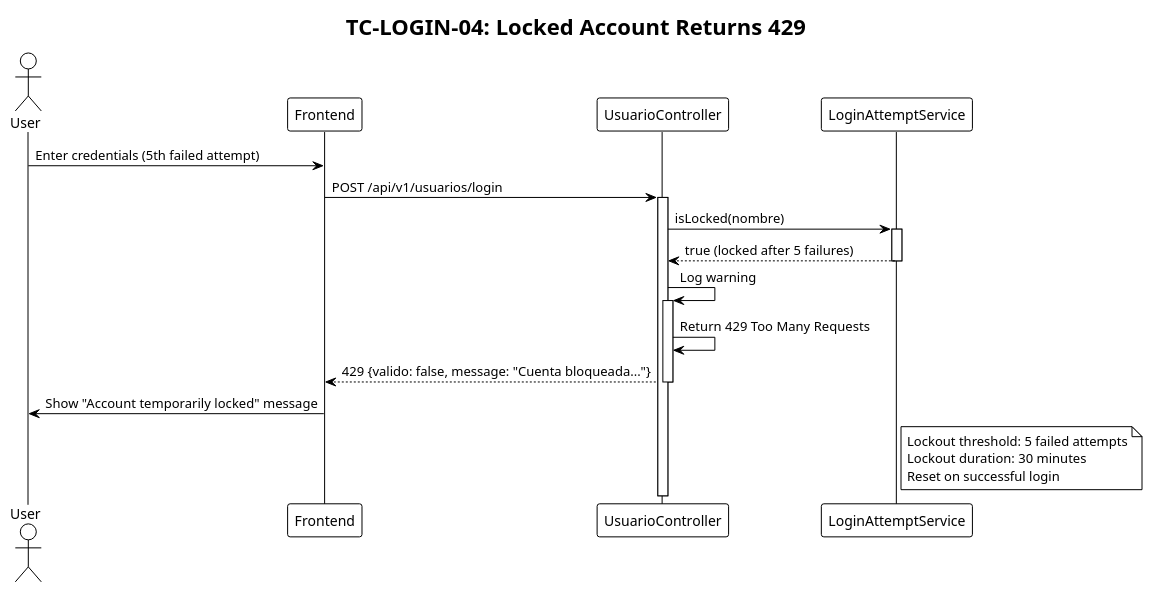
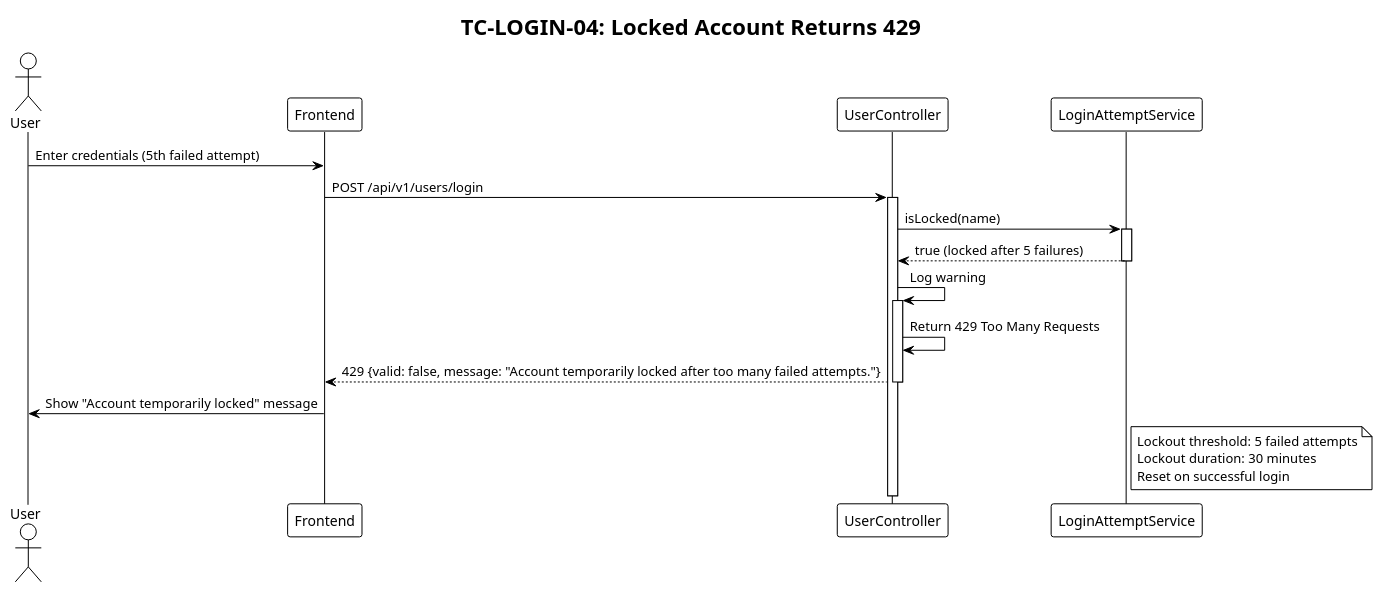
One commit to matiaspakua/notaire changed the diagram in docs/200-architecture/204-diagrams/Secuencias/seq-001-login-account-lockout.puml. Above: the diagram before and after it, drawn with PlantUML. The commit also changed 52 other files, not shown here.

```diff
--- a/docs/200-architecture/204-diagrams/Secuencias/seq-001-login-account-lockout.puml
+++ b/docs/200-architecture/204-diagrams/Secuencias/seq-001-login-account-lockout.puml
@@ -1,33 +1,33 @@
 @startuml login-account-lockout
 !theme plain
 title TC-LOGIN-04: Locked Account Returns 429
 
 actor "User" as User
 participant "Frontend" as FE
-participant "UsuarioController" as Ctrl
+participant "UserController" as Ctrl
 participant "LoginAttemptService" as LAS
 
 User -> FE: Enter credentials (5th failed attempt)
-FE -> Ctrl: POST /api/v1/usuarios/login
+FE -> Ctrl: POST /api/v1/users/login
 activate Ctrl
 
-Ctrl -> LAS: isLocked(nombre)
+Ctrl -> LAS: isLocked(name)
 activate LAS
 LAS --> Ctrl: true (locked after 5 failures)
 deactivate LAS
 
 Ctrl -> Ctrl: Log warning
 activate Ctrl
 Ctrl -> Ctrl: Return 429 Too Many Requests
-Ctrl --> FE: 429 {valido: false, message: "Cuenta bloqueada..."}
+Ctrl --> FE: 429 {valid: false, message: "Account temporarily locked after too many failed attempts."}
 deactivate Ctrl
 
 FE -> User: Show "Account temporarily locked" message
 
 note right of LAS
   Lockout threshold: 5 failed attempts
   Lockout duration: 30 minutes
   Reset on successful login
 end note
 
 @enduml
```
